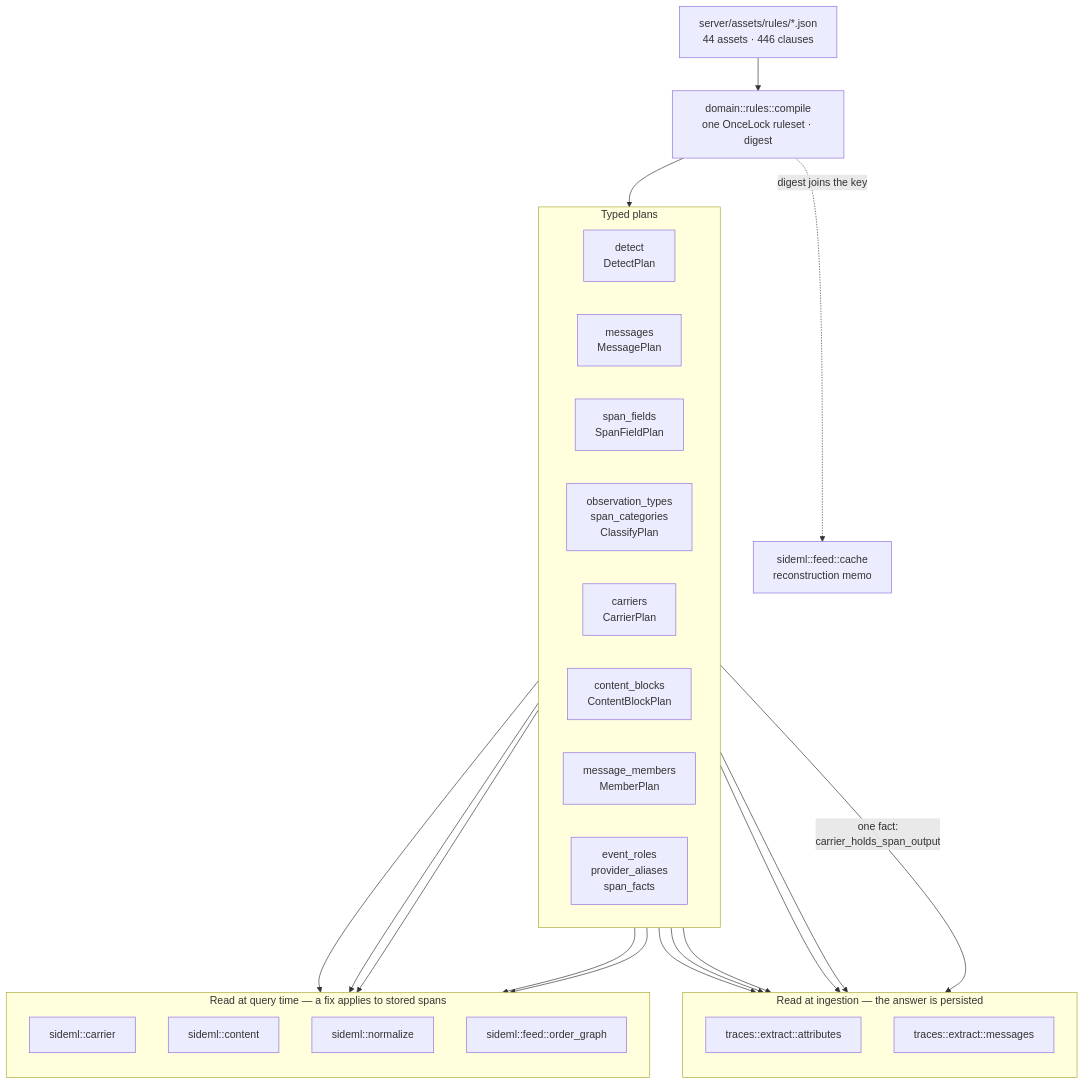
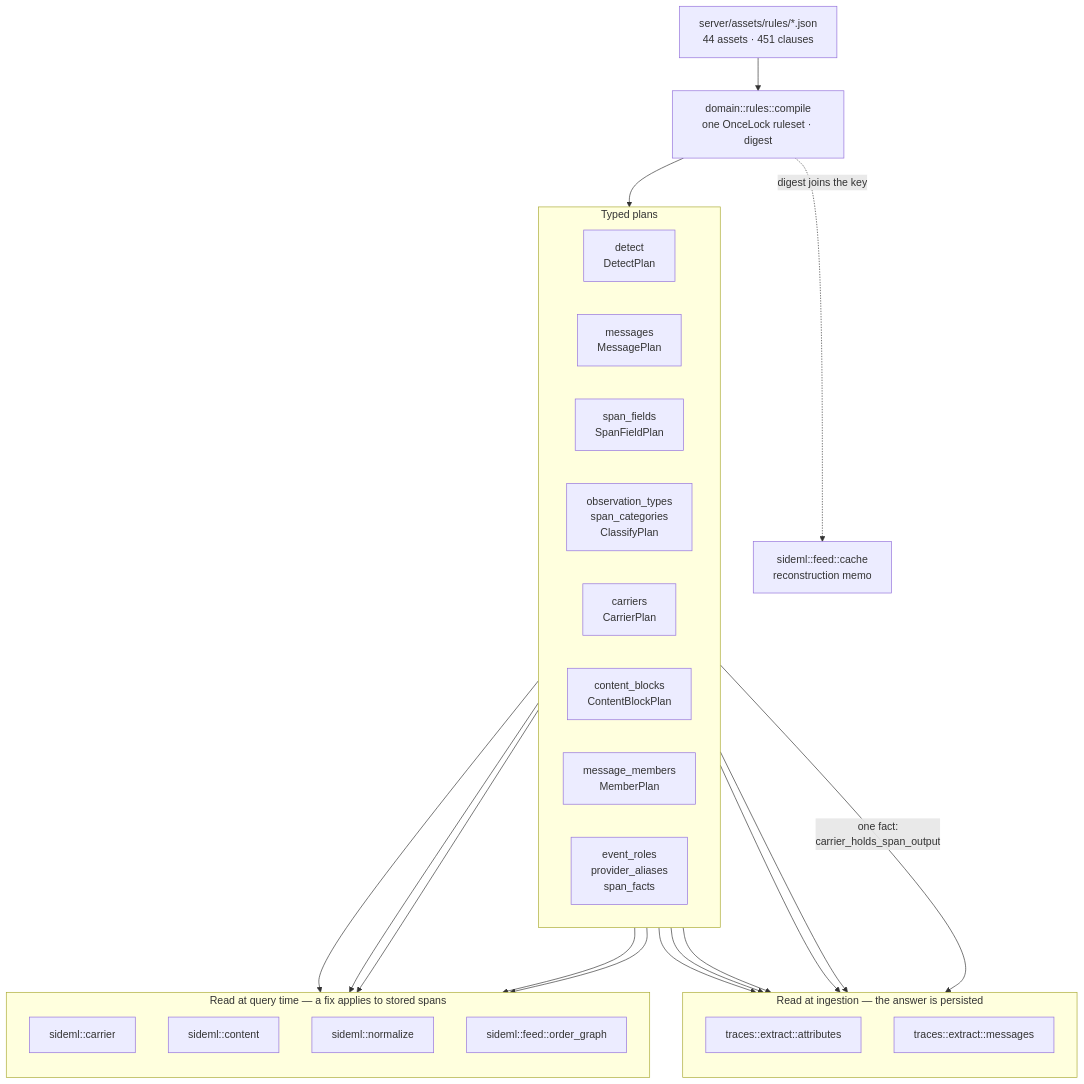
One commit to sideseat/sideseat changed the first of 7 diagrams in docs/engineering/architecture-diagrams.md. Above: the diagram before and after it, drawn with Mermaid. The commit also changed 12 other files, not shown here.

````diff
--- a/docs/engineering/architecture-diagrams.md
+++ b/docs/engineering/architecture-diagrams.md
@@ -18,47 +18,47 @@
 ```mermaid
 flowchart TB
-    assets["server/assets/rules/*.json<br/>44 assets · 446 clauses"]
+    assets["server/assets/rules/*.json<br/>44 assets · 451 clauses"]
     compile["domain::rules::compile<br/>one OnceLock ruleset · digest"]
     assets --> compile
 
     subgraph plans["Typed plans"]
         direction LR
         detect["detect<br/>DetectPlan"]
         messages["messages<br/>MessagePlan"]
         fields["span_fields<br/>SpanFieldPlan"]
         classify["observation_types<br/>span_categories<br/>ClassifyPlan"]
         carriers["carriers<br/>CarrierPlan"]
         blocks["content_blocks<br/>ContentBlockPlan"]
         members["message_members<br/>MemberPlan"]
         roles["event_roles<br/>provider_aliases<br/>span_facts"]
     end
     compile --> plans
 
     subgraph ingest["Read at ingestion — the answer is persisted"]
         direction TB
         attrs["traces::extract::attributes"]
         msgs["traces::extract::messages"]
     end
 
     subgraph query["Read at query time — a fix applies to stored spans"]
         direction TB
         carrier["sideml::carrier"]
         content["sideml::content"]
         normalize["sideml::normalize"]
         order["sideml::feed::order_graph"]
     end
 
     detect --> attrs
     fields --> attrs
     classify --> attrs
     roles --> attrs
     messages --> msgs
     carriers -->|"one fact:<br/>carrier_holds_span_output"| msgs
     carriers --> carrier
     carriers --> order
     blocks --> content
     members --> content
     roles --> normalize
 
     compile -. "digest joins the key" .-> cache["sideml::feed::cache<br/>reconstruction memo"]
 ```
````
